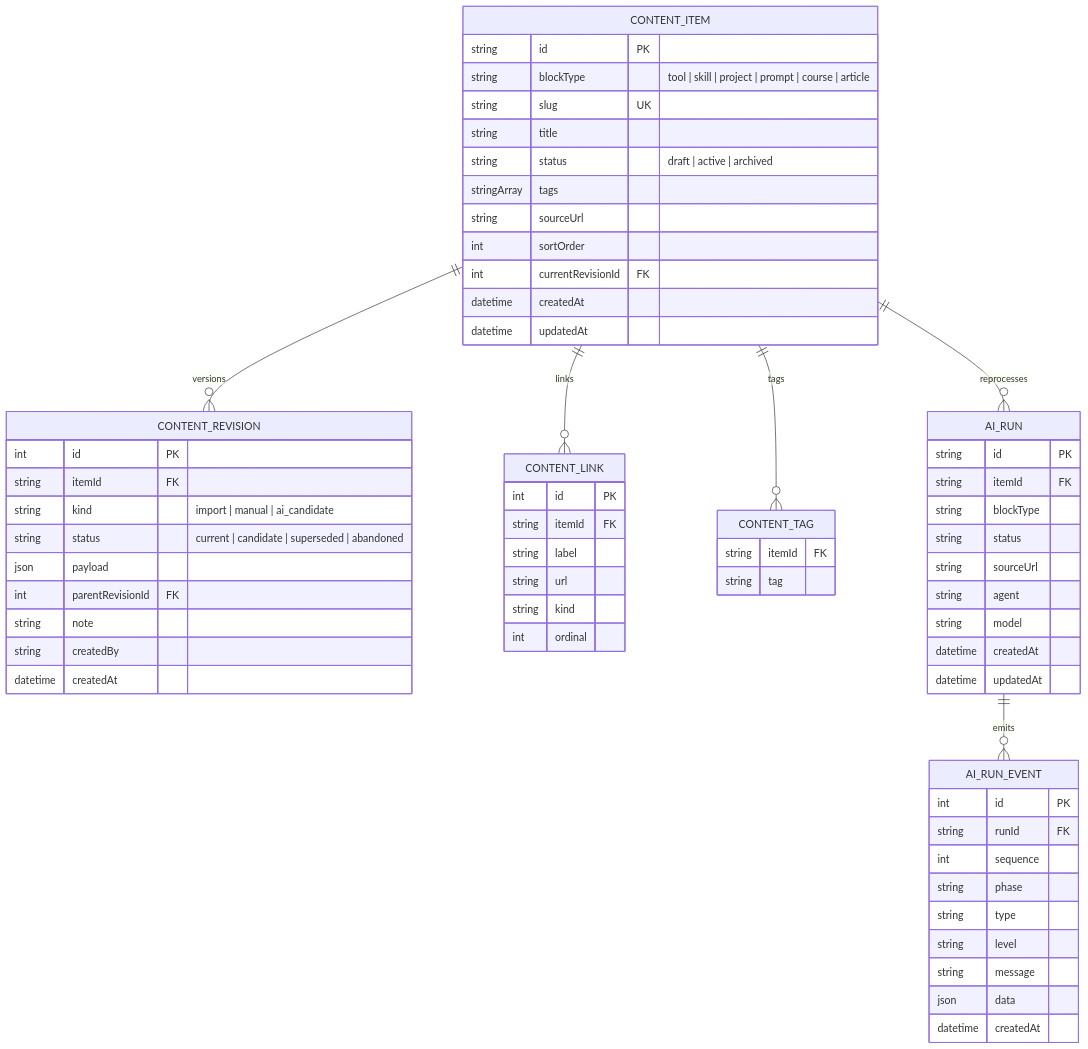
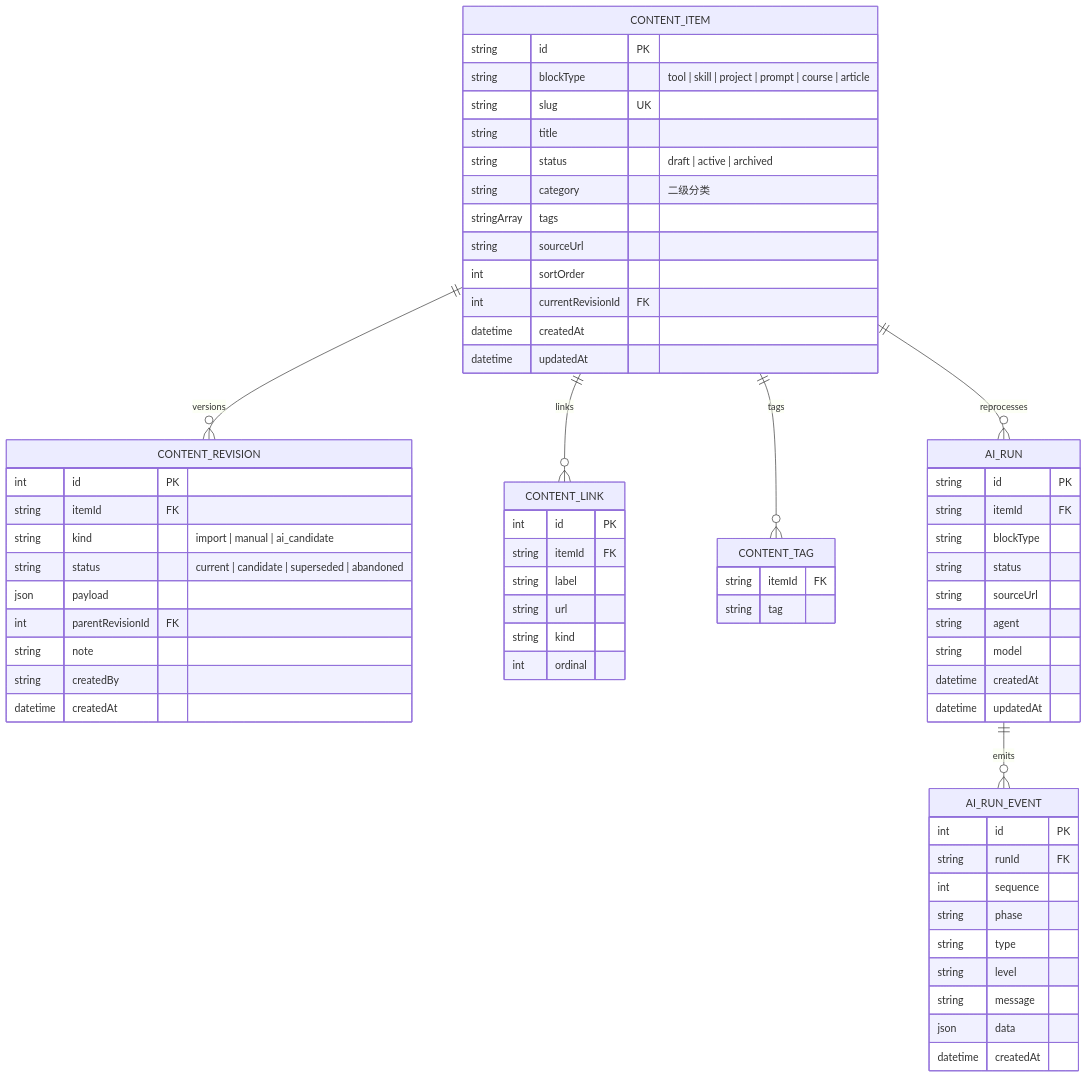
The diagram in docs/data-model.md (robeshell/ai-resources), drawn with Mermaid before and after one commit. The commit also changed other lines of this file and 36 other files, not shown here.

````diff
--- a/docs/data-model.md
+++ b/docs/data-model.md
@@ -65,72 +65,73 @@
 ```mermaid
 erDiagram
   CONTENT_ITEM ||--o{ CONTENT_REVISION : versions
   CONTENT_ITEM ||--o{ CONTENT_LINK : links
   CONTENT_ITEM ||--o{ CONTENT_TAG : tags
   CONTENT_ITEM ||--o{ AI_RUN : reprocesses
   AI_RUN ||--o{ AI_RUN_EVENT : emits
 
   CONTENT_ITEM {
     string id PK
     string blockType "tool | skill | project | prompt | course | article"
     string slug UK
     string title
     string status "draft | active | archived"
+    string category "二级分类"
     stringArray tags
     string sourceUrl
     int sortOrder
     int currentRevisionId FK
     datetime createdAt
     datetime updatedAt
   }
 
   CONTENT_REVISION {
     int id PK
     string itemId FK
     string kind "import | manual | ai_candidate"
     string status "current | candidate | superseded | abandoned"
     json payload
     int parentRevisionId FK
     string note
     string createdBy
     datetime createdAt
   }
 
   CONTENT_LINK {
     int id PK
     string itemId FK
     string label
     string url
     string kind
     int ordinal
   }
 
   CONTENT_TAG {
     string itemId FK
     string tag
   }
 
   AI_RUN {
     string id PK
     string itemId FK
     string blockType
     string status
     string sourceUrl
     string agent
     string model
     datetime createdAt
     datetime updatedAt
   }
 
   AI_RUN_EVENT {
     int id PK
     string runId FK
     int sequence
     string phase
     string type
     string level
     string message
     json data
     datetime createdAt
   }
 ```
````
